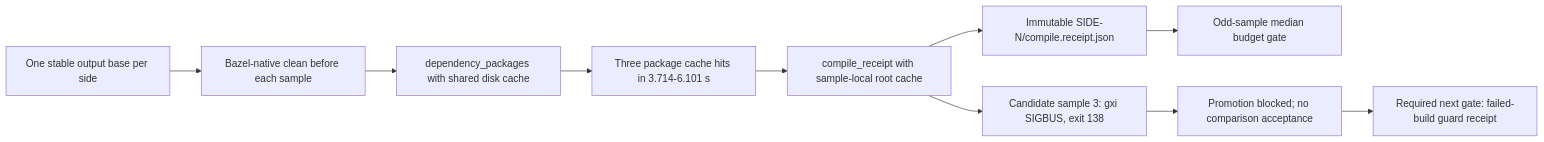
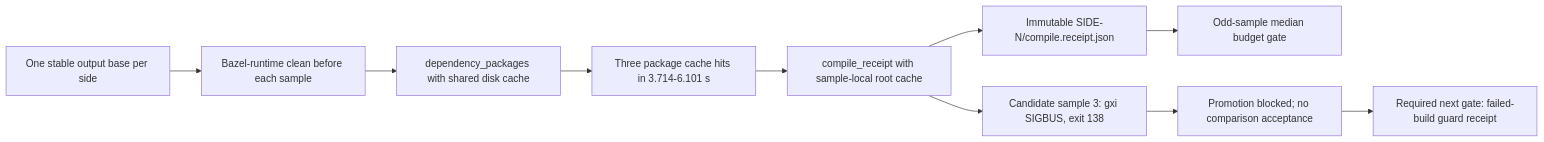
The sixth of 20 diagrams in module-system/design/156-gerbil-bazel-pr29-downstream-performance-receipt.org (tao3k/gebril-yuanxu), drawn with Mermaid before and after one commit. The commit also changed other lines of this file and 1469 other files, not shown here.

```diff
--- a/module-system/design/156-gerbil-bazel-pr29-downstream-performance-receipt.org
+++ b/module-system/design/156-gerbil-bazel-pr29-downstream-performance-receipt.org
@@ -399,23 +399,23 @@
 #+begin_src mermaid
 flowchart LR
   Side["One stable output base per side"]
-  Clean["Bazel-native clean before each sample"]
+  Clean["Bazel-runtime clean before each sample"]
   Seed["dependency_packages with shared disk cache"]
   Hits["Three package cache hits in 3.714-6.101 s"]
   Cold["compile_receipt with sample-local root cache"]
   Immutable["Immutable SIDE-N/compile.receipt.json"]
   Compare["Odd-sample median budget gate"]
   Crash["Candidate sample 3: gxi SIGBUS, exit 138"]
   Blocked["Promotion blocked; no comparison acceptance"]
   Guard["Required next gate: failed-build guard receipt"]
 
   Side --> Clean
   Clean --> Seed
   Seed --> Hits
   Hits --> Cold
   Cold --> Immutable
   Immutable --> Compare
   Cold --> Crash
   Crash --> Blocked
   Blocked --> Guard
 #+end_src
```
